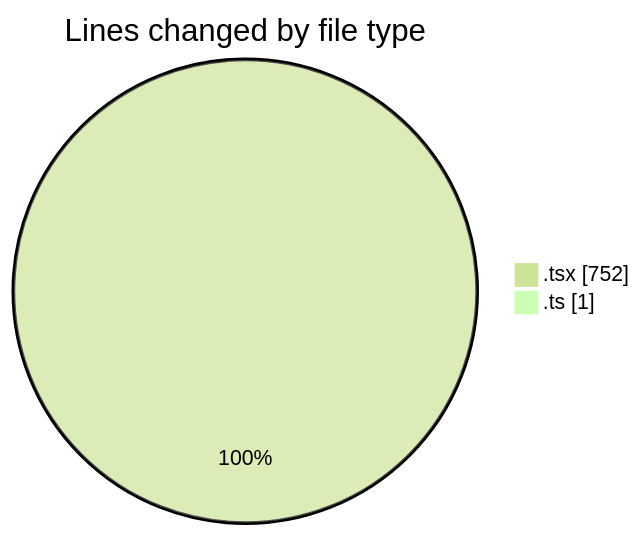
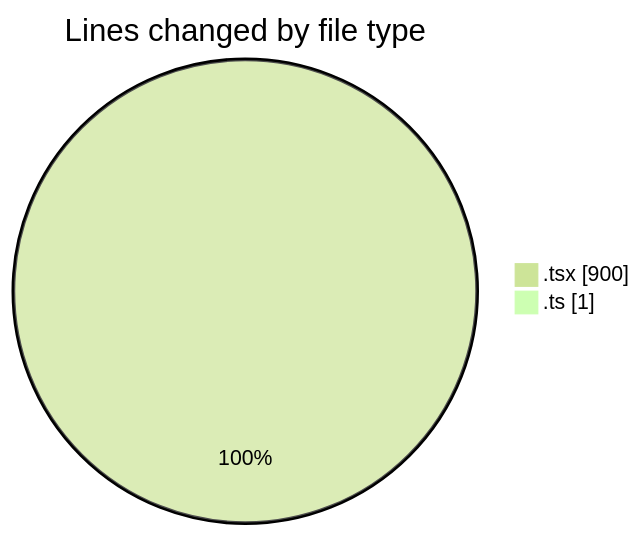
The first of 2 diagrams in 2025-03-08/mbc-web/README.md (robertbonfada/code-tracking), drawn with Mermaid (forest theme) before and after one commit. The commit also changed other lines of this file and 1 other file, not shown here.

````diff
--- a/2025-03-08/mbc-web/README.md
+++ b/2025-03-08/mbc-web/README.md
@@ -25,6 +26,6 @@
 ```mermaid
 pie showData
 title Lines changed by file type
-".tsx" : 752
+".tsx" : 900
 ".ts" : 1
 ```
````
